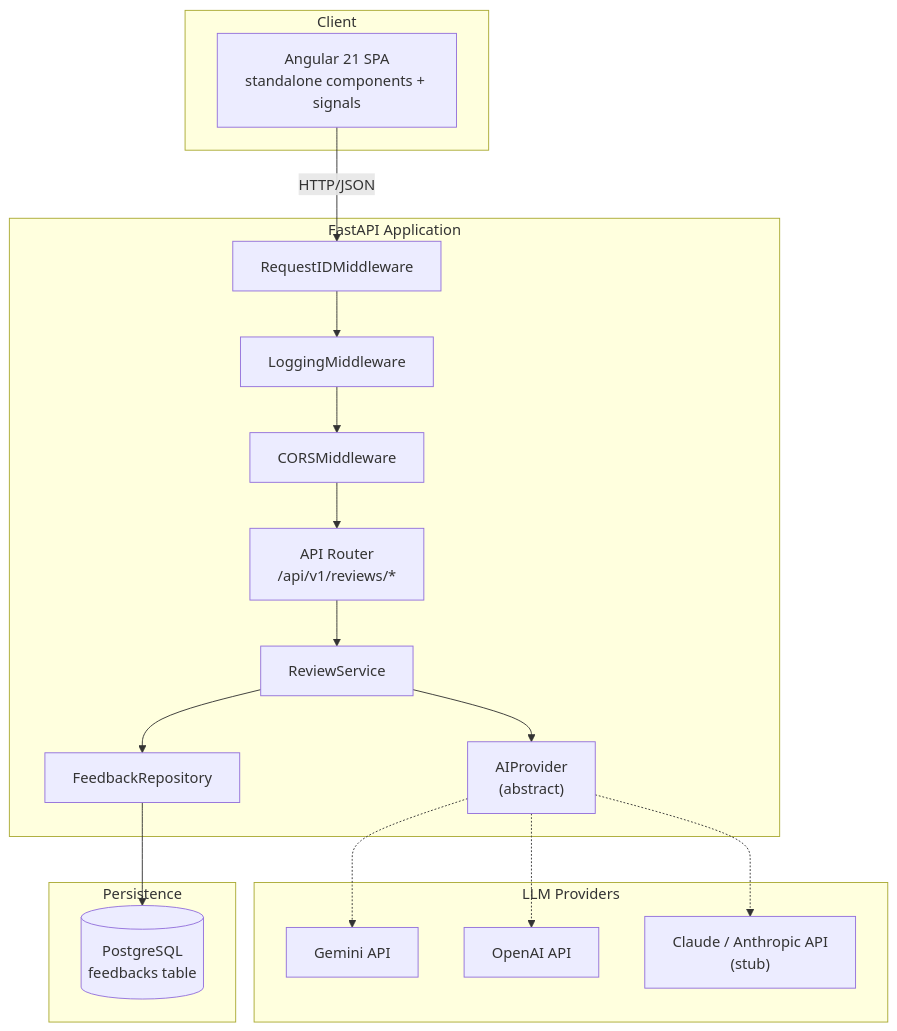
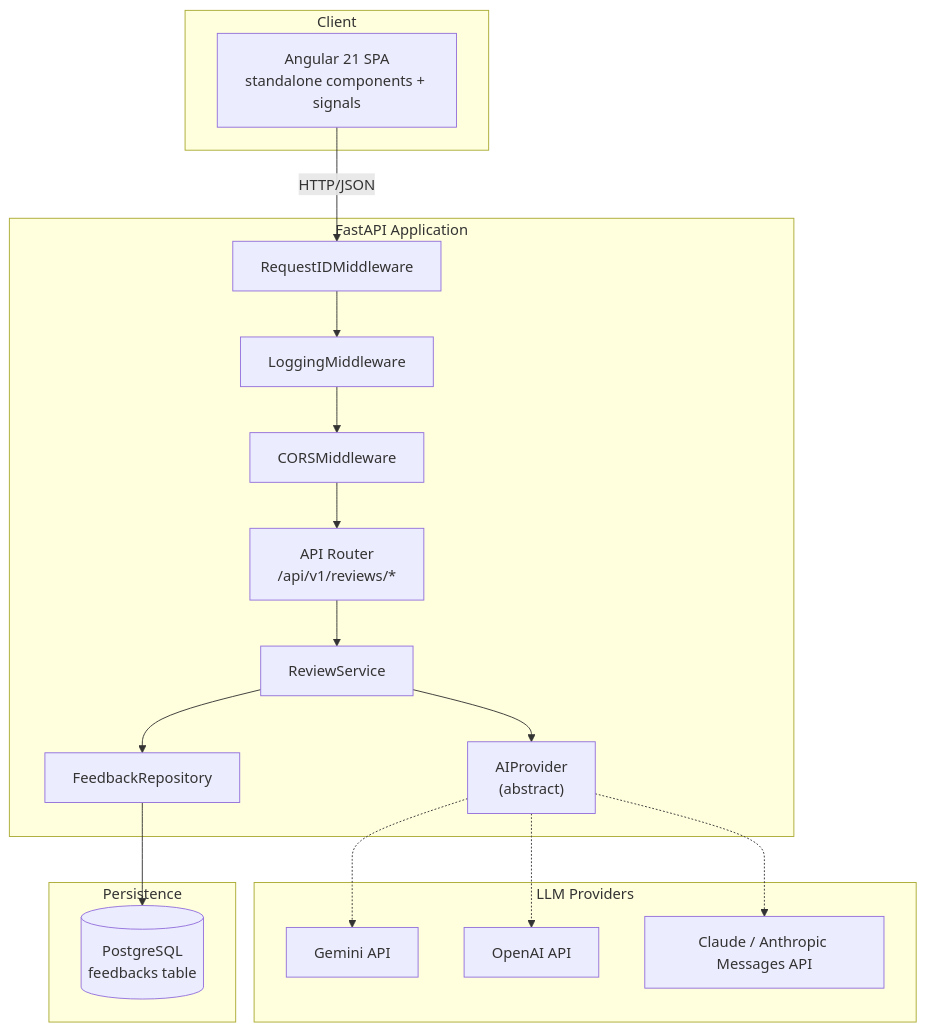
One commit to saurabhzaiswal/GenAI-Customer-Review-Analyzer changed the first of 10 diagrams in docs/ARCHITECHTURE.md. Above: the diagram before and after it, drawn with Mermaid. The commit also changed other lines of this file and 126 other files, not shown here.

````diff
--- a/docs/ARCHITECHTURE.md
+++ b/docs/ARCHITECHTURE.md
@@ -9,34 +11,34 @@
 ```mermaid
 flowchart TB
     subgraph Client["Client"]
         A[Angular 21 SPA<br/>standalone components + signals]
     end
 
     subgraph API["FastAPI Application"]
         B[RequestIDMiddleware]
         C[LoggingMiddleware]
         D[CORSMiddleware]
         E["API Router<br/>/api/v1/reviews/*"]
         F[ReviewService]
         G["AIProvider<br/>(abstract)"]
         H[FeedbackRepository]
     end
 
     subgraph AI["LLM Providers"]
         I[Gemini API]
         J[OpenAI API]
-        K["Claude / Anthropic API<br/>(stub)"]
+        K["Claude / Anthropic Messages API"]
     end
 
     subgraph DB["Persistence"]
         L[(PostgreSQL<br/>feedbacks table)]
     end
 
     A -- HTTP/JSON --> B --> C --> D --> E --> F
     F --> G
     F --> H
     G -.-> I
     G -.-> J
     G -.-> K
     H --> L
 ```
````
